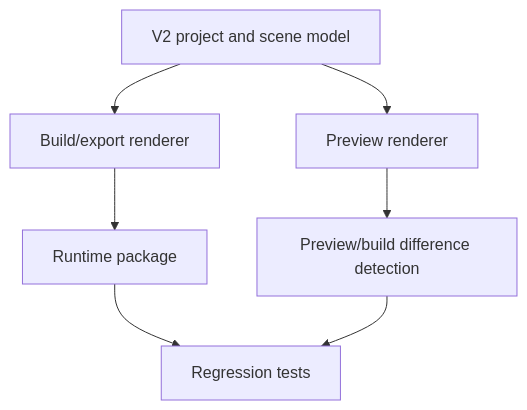
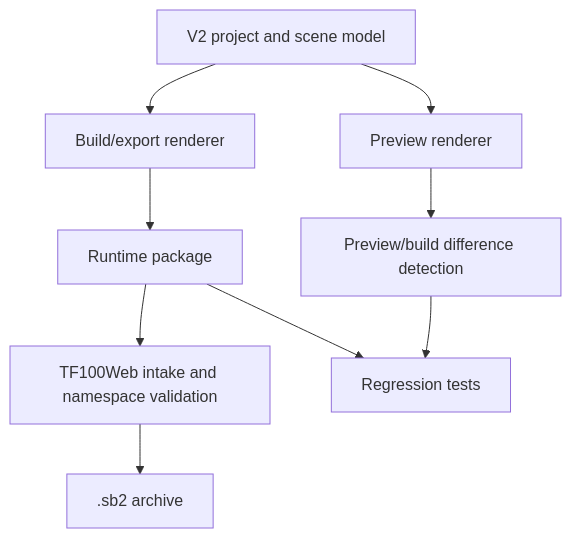
One commit to technologiesflorizon/scadabuilder changed the diagram in docs/03_runtime_contracts/PREVIEW_BUILD_EXPORT_CONTRACT_V2.md. Above: the diagram before and after it, drawn with Mermaid. The commit also changed other lines of this file and 17 other files, not shown here.

````diff
--- a/docs/03_runtime_contracts/PREVIEW_BUILD_EXPORT_CONTRACT_V2.md
+++ b/docs/03_runtime_contracts/PREVIEW_BUILD_EXPORT_CONTRACT_V2.md
@@ -38,9 +41,11 @@
 ```mermaid
 flowchart TD
   Model[V2 project and scene model] --> Preview[Preview renderer]
   Model --> Build[Build/export renderer]
   Preview --> Diff[Preview/build difference detection]
   Build --> Package[Runtime package]
+  Package --> Validate[TF100Web intake and namespace validation]
+  Validate --> Archive[.sb2 archive]
   Package --> Tests[Regression tests]
   Diff --> Tests
 ```
````
